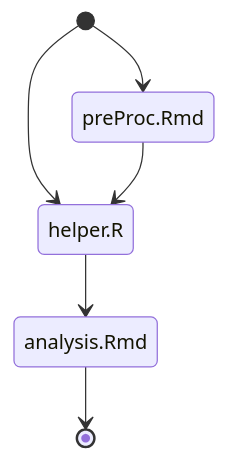
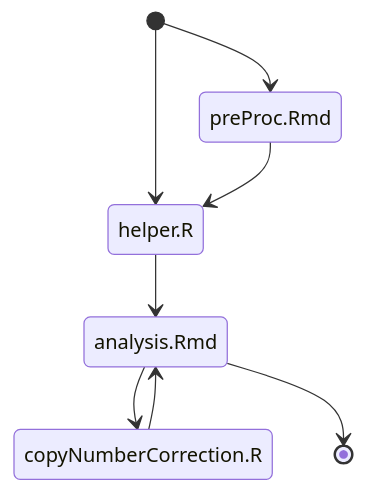
Before and after one commit to arumugamlab/SynComm1: the diagram in README.md, drawn with Mermaid. The commit also changed 3 other files, not shown here.

````diff
--- a/README.md
+++ b/README.md
@@ -10,8 +10,10 @@
 ```mermaid
 stateDiagram-v2
   [*] --> preProc.Rmd
   [*] --> helper.R
   preProc.Rmd --> helper.R
   helper.R --> analysis.Rmd
+  analysis.Rmd --> copyNumberCorrection.R
+  copyNumberCorrection.R --> analysis.Rmd
   analysis.Rmd --> [*]
 ```
````
